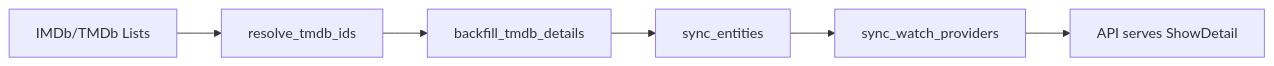
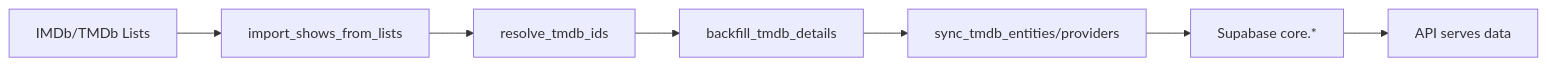
One commit to therealityreport/trr-backend changed the second of 2 diagrams in docs/Repository/diagrams/system_maps.md. Above: the diagram before and after it, drawn with Mermaid. The commit also changed other lines of this file and 128 other files, not shown here.

````diff
--- a/docs/Repository/diagrams/system_maps.md
+++ b/docs/Repository/diagrams/system_maps.md
@@ -45,8 +53,9 @@
 ```mermaid
 flowchart LR
-    lists["IMDb/TMDb Lists"] --> resolve["resolve_tmdb_ids"]
-    resolve --> backfill["backfill_tmdb_details"]
-    backfill --> sync["sync_entities"]
-    sync --> providers["sync_watch_providers"]
-    providers --> api["API serves ShowDetail"]
+    lists["IMDb/TMDb Lists"] --> import["import_shows_from_lists"]
+    import --> resolve["resolve_tmdb_ids"]
+    resolve --> enrich["backfill_tmdb_details"]
+    enrich --> providers["sync_tmdb_entities/providers"]
+    providers --> db["Supabase core.*"]
+    db --> api["API serves data"]
 ```
````
